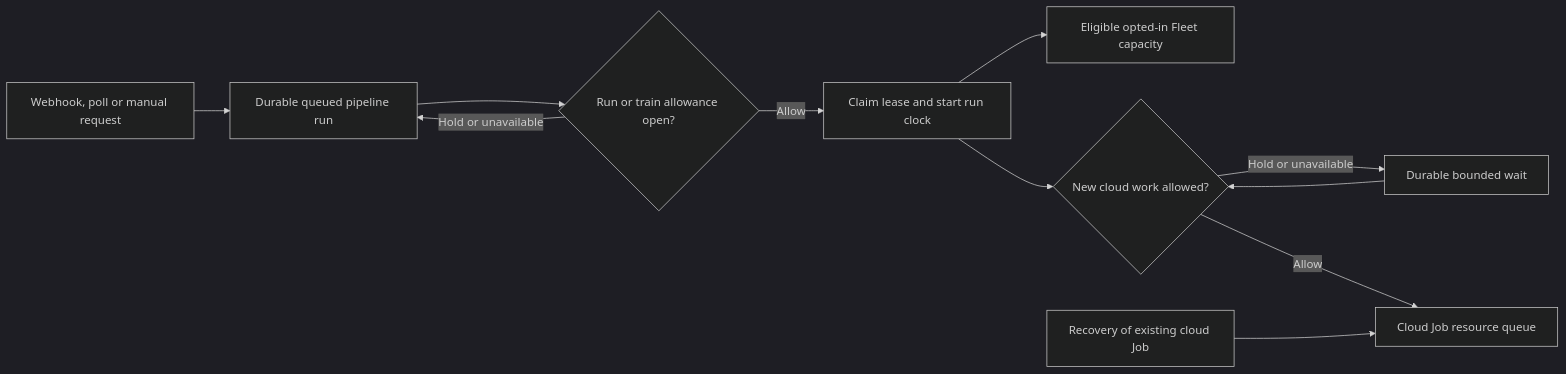
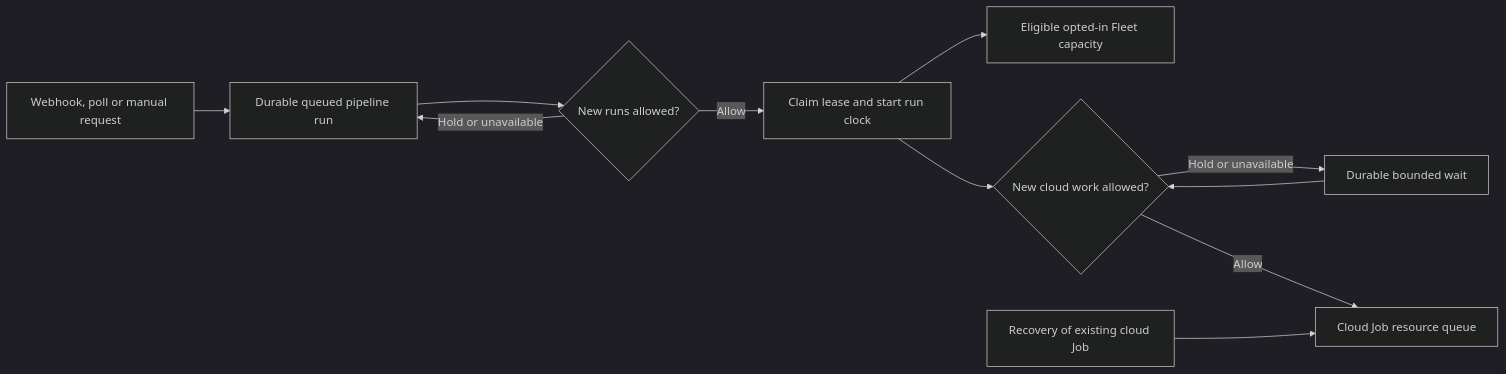
One commit to znasllc-io/memql changed the third of 3 diagrams in docs/public/operate/pipelines.md. Above: the diagram before and after it, drawn with Mermaid (dark theme). The commit also changed other lines of this file and 118 other files, not shown here.

````diff
--- a/docs/public/operate/pipelines.md
+++ b/docs/public/operate/pipelines.md
@@ -2035,13 +1655,13 @@
 ```mermaid
 flowchart LR
     S[Webhook, poll or manual request] --> Q[Durable queued pipeline run]
-    Q --> G{Run or train allowance open?}
+    Q --> G{New runs allowed?}
     G -->|Hold or unavailable| Q
     G -->|Allow| C[Claim lease and start run clock]
     C --> F[Eligible opted-in Fleet capacity]
     C --> B{New cloud work allowed?}
     B -->|Hold or unavailable| W[Durable bounded wait]
     W --> B
     B -->|Allow| K[Cloud Job resource queue]
     R[Recovery of existing cloud Job] --> K
 ```
````
